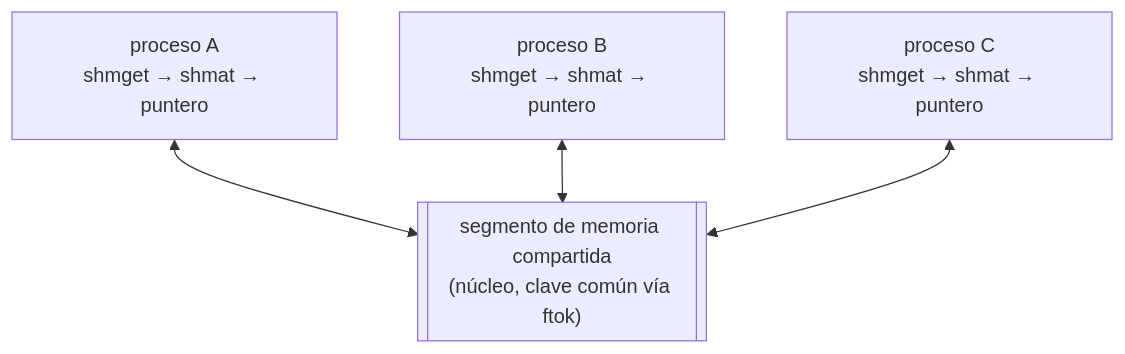
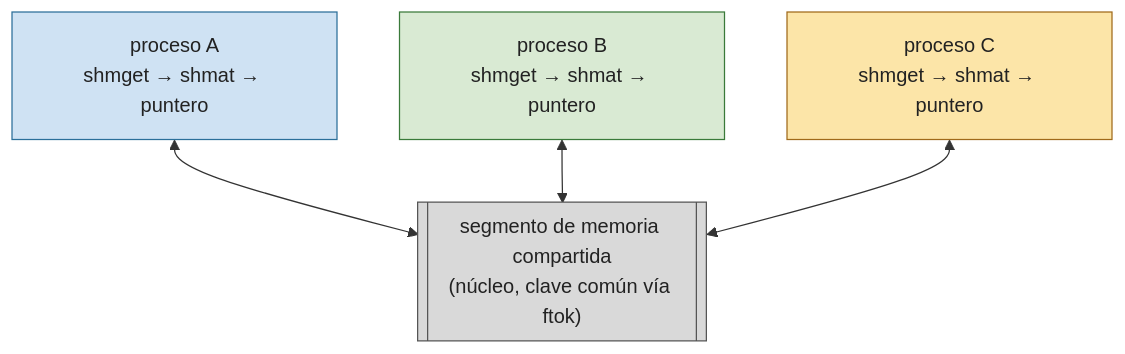
One commit to asiermarzo/ssoo changed the first of 2 diagrams in PRACTICA/06-memoria-compartida-y-semaforos/README.md. Above: the diagram before and after it, drawn with Mermaid. The commit also changed other lines of this file and 25 other files, not shown here.

Commit message:
refinado de diagramas mermaid y svg

````diff
--- a/PRACTICA/06-memoria-compartida-y-semaforos/README.md
+++ b/PRACTICA/06-memoria-compartida-y-semaforos/README.md
@@ -32,7 +32,17 @@
 ```mermaid
 flowchart TD
     SEG[["segmento de memoria compartida<br/>(núcleo, clave común vía ftok)"]]
     A["proceso A<br/>shmget → shmat → puntero"] <--> SEG
     B["proceso B<br/>shmget → shmat → puntero"] <--> SEG
     C["proceso C<br/>shmget → shmat → puntero"] <--> SEG
+
+    classDef nucleo fill:#d9d9d9,stroke:#555,color:#222;
+    classDef procA fill:#cfe2f3,stroke:#2b6f99,color:#222;
+    classDef procB fill:#d9ead3,stroke:#3a7a3a,color:#222;
+    classDef procC fill:#fce5a8,stroke:#a06a1a,color:#222;
+
+    class SEG nucleo;
+    class A procA;
+    class B procB;
+    class C procC;
 ```
````
